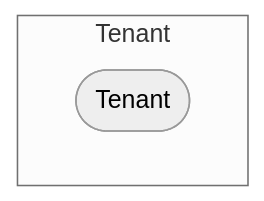
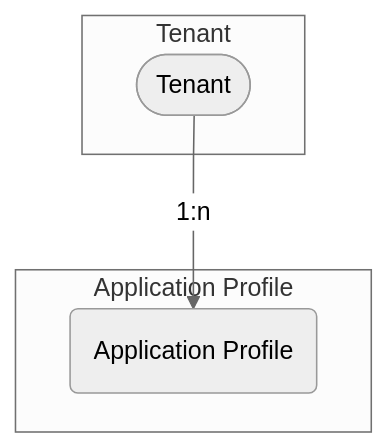
One commit to pheus/netbox-aci-plugin changed the diagram in docs/features/tenants.md. Above: the diagram before and after it, drawn with Mermaid (neutral theme). The commit also changed other lines of this file and 1 other file, not shown here.

Commit message:
docs(appprofile): Add docs for ACIAppProfile

````diff
--- a/docs/features/tenants.md
+++ b/docs/features/tenants.md
@@ -5,7 +5,11 @@
 ```mermaid
 flowchart TD
     TN([Tenant])
+    AP(Application Profile)
     subgraph graphTN [Tenant]
         TN
     end
+    subgraph graphAP [Application Profile]
+        TN -->|1:n| AP
+    end
 ```
````
